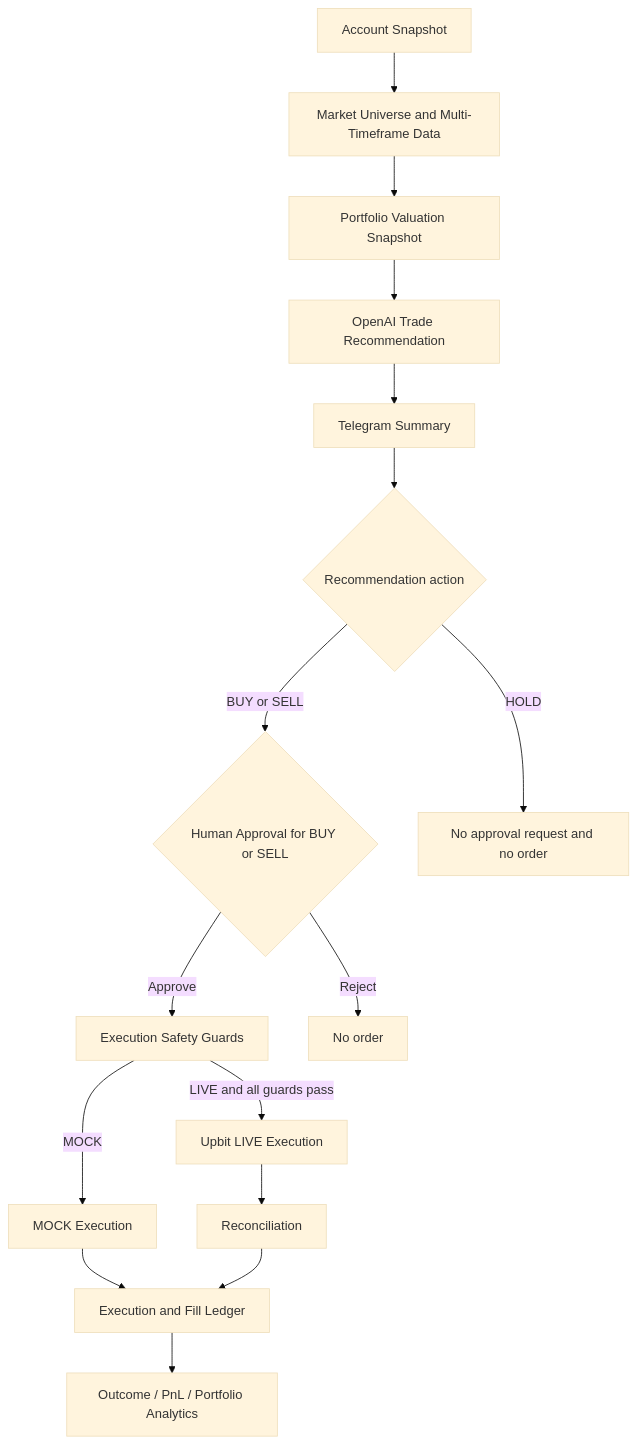
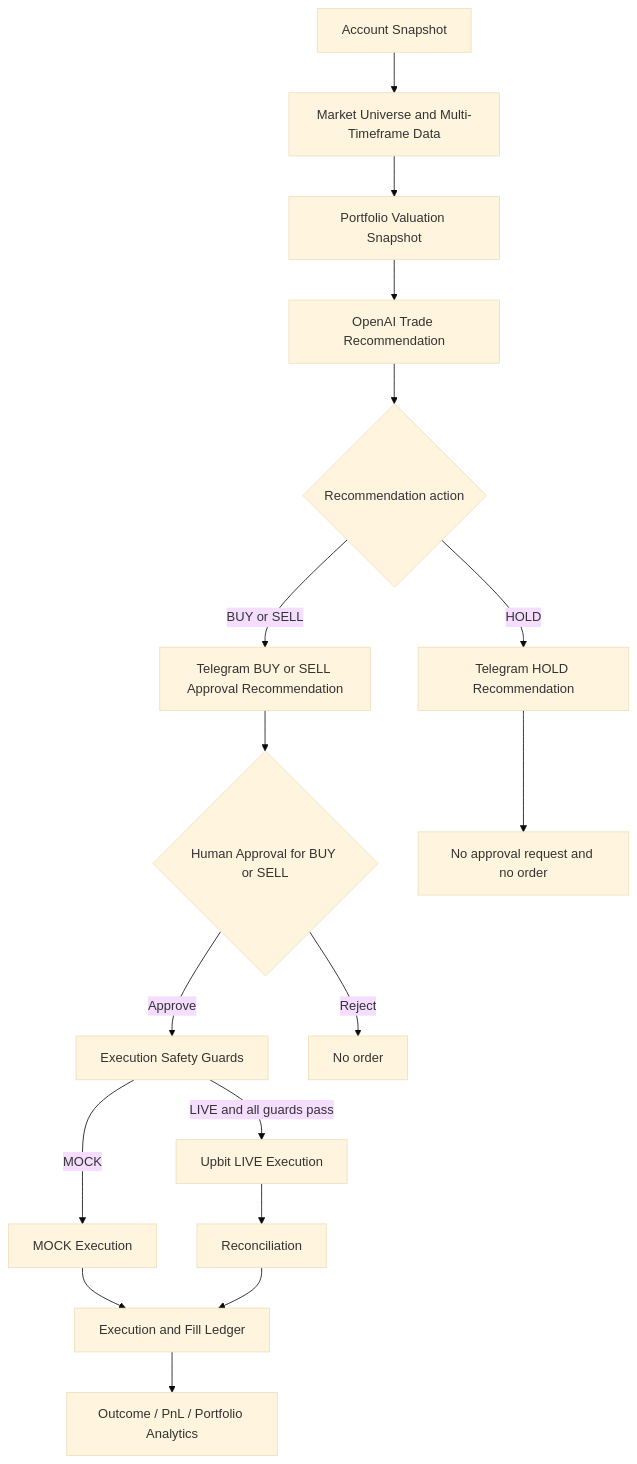
One commit to suover/crypto-trading-bot changed the second of 3 diagrams in README.md. Above: the diagram before and after it, drawn with Mermaid (base theme). The commit also changed 6 other files, not shown here.

````diff
--- a/README.md
+++ b/README.md
@@ -102,26 +102,27 @@
 ```mermaid
 flowchart TD
     AS[Account Snapshot]
     MU[Market Universe and Multi-Timeframe Data]
     PV[Portfolio Valuation Snapshot]
     AI[OpenAI Trade Recommendation]
-    N[Telegram Summary]
     A{Recommendation action}
+    N[Telegram HOLD Recommendation]
+    T[Telegram BUY or SELL Approval Recommendation]
     H{Human Approval for BUY or SELL}
     G[Execution Safety Guards]
     M[MOCK Execution]
     L[Upbit LIVE Execution]
     RC[Reconciliation]
     LD[Execution and Fill Ledger]
     AN[Outcome / PnL / Portfolio Analytics]
 
-    AS --> MU --> PV --> AI --> N --> A
-    A -->|HOLD| S[No approval request and no order]
-    A -->|BUY or SELL| H
+    AS --> MU --> PV --> AI --> A
+    A -->|HOLD| N --> S[No approval request and no order]
+    A -->|BUY or SELL| T --> H
     H -->|Reject| R[No order]
     H -->|Approve| G
     G -->|MOCK| M
     G -->|LIVE and all guards pass| L
     M --> LD
     L --> RC --> LD --> AN
 ```
````
